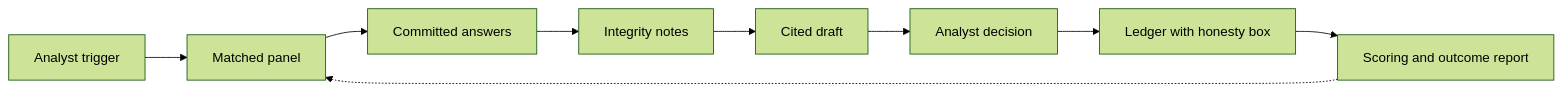
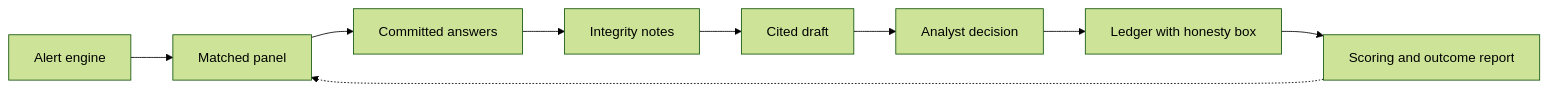
The diagram in README.md (shoizuno-cloud/HFG8-ACAPS-Ground-Truth), drawn with Mermaid (forest theme) before and after one commit. The commit also changed other lines of this file and 5 other files, not shown here.

Commit message:
research: alert engine (v3.1) in impact, pitch, README, checklist, future

````diff
--- a/README.md
+++ b/README.md
@@ -32,11 +32,11 @@
 ```mermaid
 flowchart LR
-  A[Analyst trigger] --> B[Matched panel]
+  A[Alert engine] --> B[Matched panel]
   B --> C[Committed answers]
   C --> D[Integrity notes]
   D --> E[Cited draft]
   E --> F[Analyst decision]
   F --> G[Ledger with honesty box]
   G --> H[Scoring and outcome report]
   H -.-> B
 ```
````
